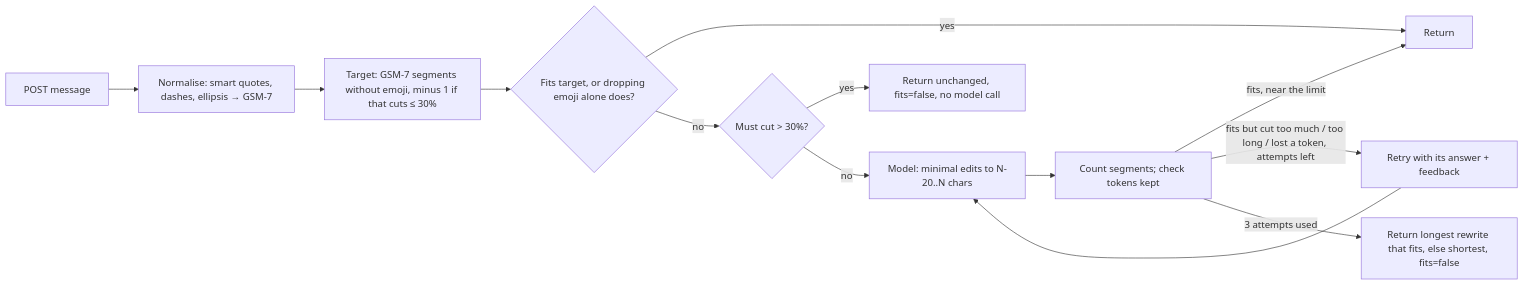
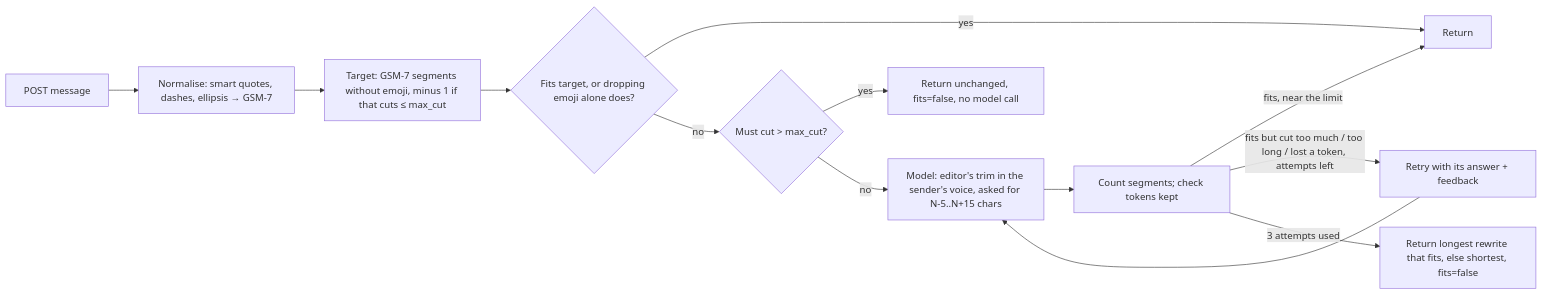
One commit to jethro-chms/jethro-sms-shortener changed the diagram in README.md. Above: the diagram before and after it, drawn with Mermaid. The commit also changed other lines of this file and 3 other files, not shown here.

First line of the commit message:
Prompt: keep the sender's voice, and aim past the limit because the model undershoots

````diff
--- a/README.md
+++ b/README.md
@@ -16,15 +17,15 @@
 ```mermaid
 flowchart LR
   A[POST message] --> B[Normalise: smart quotes, dashes, ellipsis → GSM-7]
-  B --> T[Target: GSM-7 segments without emoji, minus 1 if that cuts ≤ 30%]
+  B --> T[Target: GSM-7 segments without emoji, minus 1 if that cuts ≤ max_cut]
   T --> C{Fits target, or dropping emoji alone does?}
   C -- yes --> R[Return]
-  C -- no --> H{Must cut > 30%?}
+  C -- no --> H{Must cut > max_cut?}
   H -- yes --> S[Return unchanged, fits=false, no model call]
-  H -- no --> D[Model: minimal edits to N-20..N chars]
+  H -- no --> D[Model: editor's trim in the sender's voice, asked for N-5..N+15 chars]
   D --> E[Count segments; check tokens kept]
   E -- fits, near the limit --> R
   E -- fits but cut too much / too long / lost a token, attempts left --> F[Retry with its answer + feedback]
   F --> D
   E -- 3 attempts used --> G[Return longest rewrite that fits, else shortest, fits=false]
 ```
````
